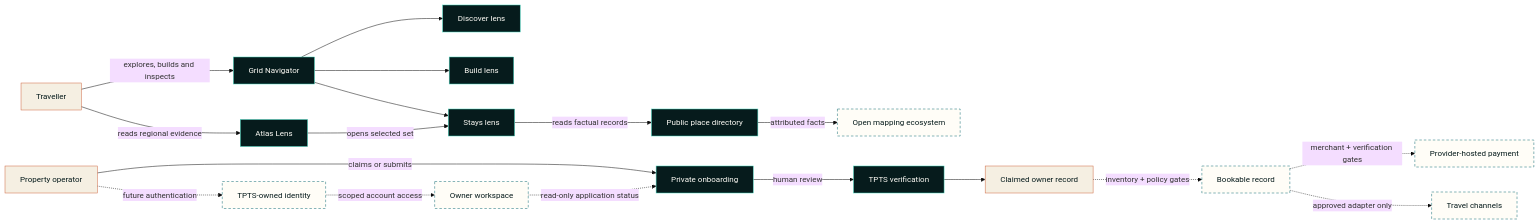
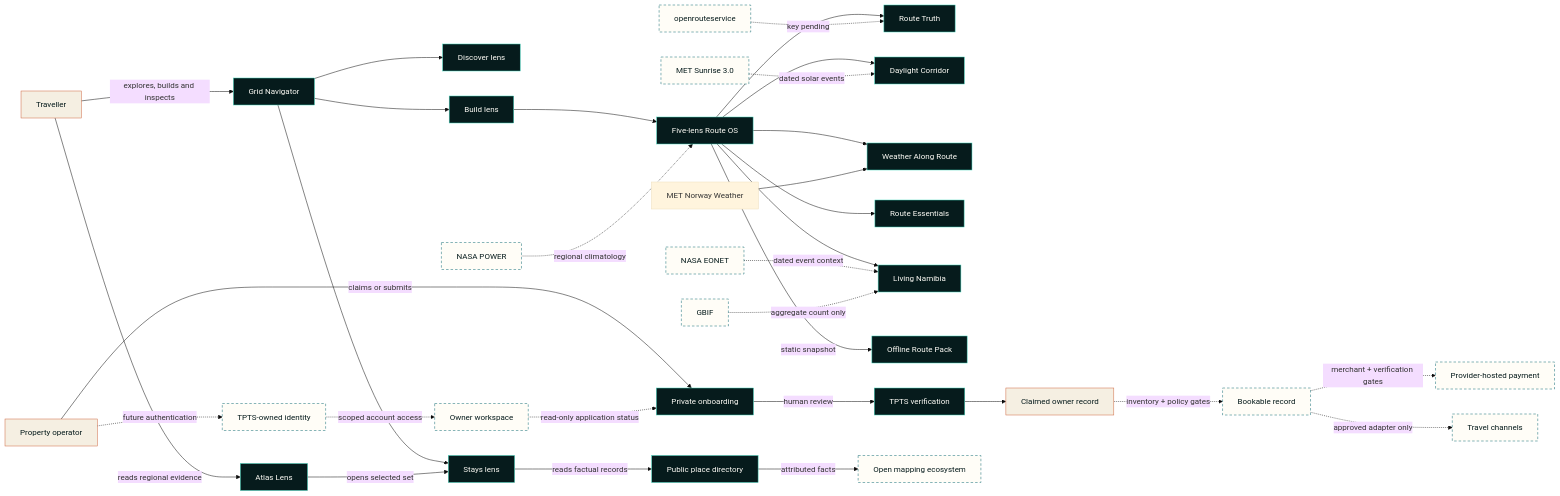
One commit to freeman-ipumbu/tpts-grid-case-study changed the first of 2 diagrams in docs/architecture.md. Above: the diagram before and after it, drawn with Mermaid (base theme). The commit also changed other lines of this file and 3 other files, not shown here.

````diff
--- a/docs/architecture.md
+++ b/docs/architecture.md
@@ -32,27 +37,40 @@
 ```mermaid
 flowchart LR
     traveller[Traveller] -->|explores, builds and inspects| navigator[Grid Navigator]
     navigator --> discover[Discover lens]
     navigator --> build[Build lens]
     navigator --> stays[Stays lens]
+    build --> routeOS[Five-lens Route OS]
+    routeOS --> routeTruth[Route Truth]
+    routeOS --> daylight[Daylight Corridor]
+    routeOS --> routeWeather[Weather Along Route]
+    routeOS --> essentials[Route Essentials]
+    routeOS --> living[Living Namibia]
+    routeOS -->|static snapshot| offline[Offline Route Pack]
+    sunrise[MET Sunrise 3.0] -. dated solar events .-> daylight
+    weather[MET Norway Weather] --> routeWeather
+    power[NASA POWER] -. regional climatology .-> routeOS
+    eonet[NASA EONET] -. dated event context .-> living
+    gbif[GBIF] -. aggregate count only .-> living
+    ors[openrouteservice] -. key pending .-> routeTruth
     traveller -->|reads regional evidence| atlas[Atlas Lens]
     atlas -->|opens selected set| stays
     stays -->|reads factual records| directory[Public place directory]
     host[Property operator] -->|claims or submits| onboarding[Private onboarding]
     host -. future authentication .-> ownerIdentity[TPTS-owned identity]
     ownerIdentity -. scoped account access .-> workspace[Owner workspace]
     workspace -. read-only application status .-> onboarding
     onboarding -->|human review| ops[TPTS verification]
     directory -->|attributed facts| maps[Open mapping ecosystem]
     ops --> claimed[Claimed owner record]
     claimed -. inventory + policy gates .-> bookable[Bookable record]
     bookable -. merchant + verification gates .-> payment[Provider-hosted payment]
     bookable -. approved adapter only .-> channels[Travel channels]
 
     classDef core fill:#061b1c,stroke:#42d5bd,color:#fffdf7;
     classDef human fill:#f5efe2,stroke:#ce6842,color:#061b1c;
     classDef external fill:#fffdf7,stroke:#0d6872,color:#061b1c,stroke-dasharray:5 4;
-    class navigator,discover,build,stays,atlas,directory,onboarding,ops core;
+    class navigator,discover,build,stays,routeOS,routeTruth,daylight,routeWeather,essentials,living,offline,atlas,directory,onboarding,ops core;
     class traveller,host,claimed human;
-    class maps,ownerIdentity,workspace,bookable,payment,channels external;
+    class maps,ownerIdentity,workspace,bookable,payment,channels,sunrise,power,eonet,gbif,ors external;
 ```
````
